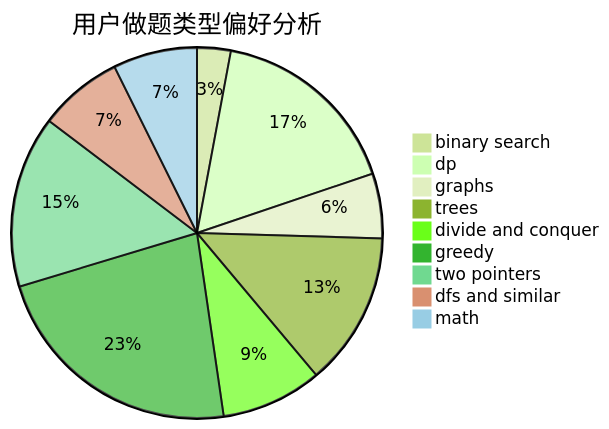
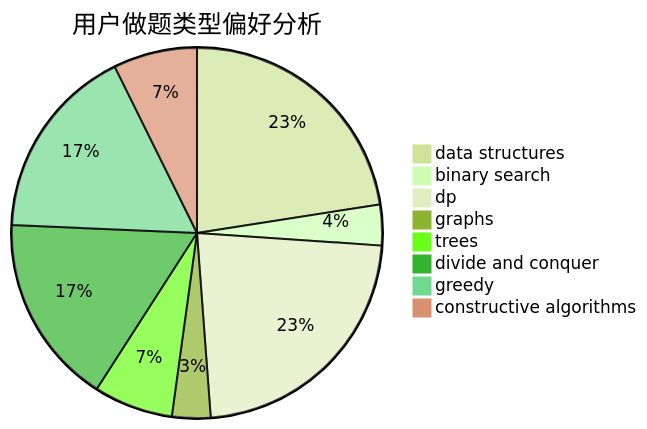
One commit to sherpahu/cfrs.github.io changed the second of 3 diagrams in docs/user/u1980.md. Above: the diagram before and after it, drawn with Mermaid (forest theme). The commit also changed other lines of this file and 2775 other files, not shown here.

````diff
--- a/docs/user/u1980.md
+++ b/docs/user/u1980.md
@@ -23,12 +23,11 @@
 ```mermaid
 pie title 用户做题类型偏好分析
-    "binary search" :  28
-    "dp" :  161
-    "graphs" :  54
-    "trees" :  128
+    "data structures" :  114
+    "binary search" :  18
+    "dp" :  115
+    "graphs" :  17
+    "trees" :  35
     "divide and conquer" :  84
-    "greedy" :  216
-    "two pointers" :  143
-    "dfs and similar" :  70
-    "math" :  70
+    "greedy" :  86
+    "constructive algorithms" :  37
 ```
````
